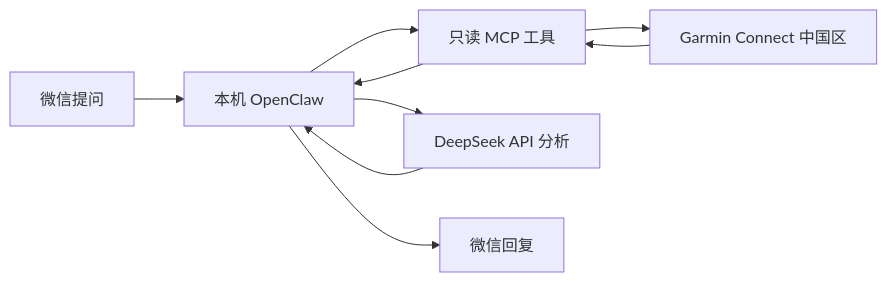
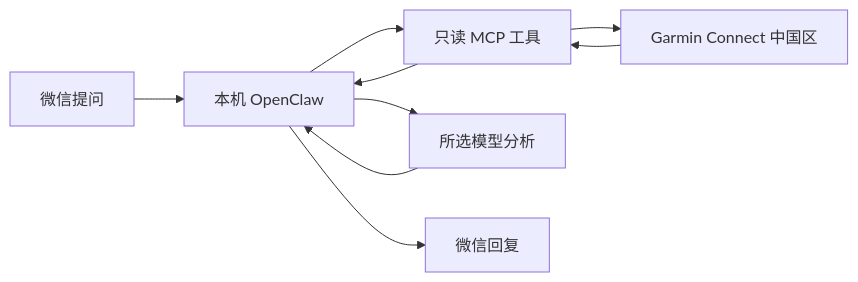
One commit to Flourshing/garmin-coach changed the diagram in README.md. Above: the diagram before and after it, drawn with Mermaid. The commit also changed other lines of this file and 13 other files, not shown here.

Commit message:
feat: add subscription GPT with DeepSeek fallback and model switching

````diff
--- a/README.md
+++ b/README.md
@@ -20,11 +21,11 @@
 ```mermaid
 flowchart LR
     W[微信提问] --> O[本机 OpenClaw]
     O --> M[只读 MCP 工具]
     M --> G[Garmin Connect 中国区]
     G --> M
     M --> O
-    O --> D[DeepSeek API 分析]
+    O --> D[所选模型分析]
     D --> O
     O --> R[微信回复]
 ```
````
